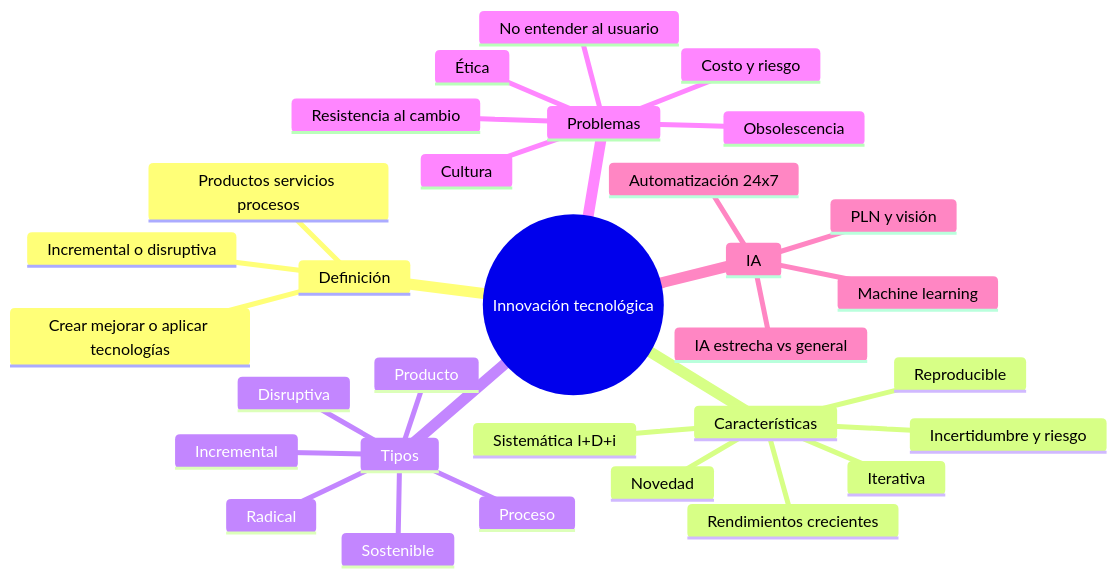
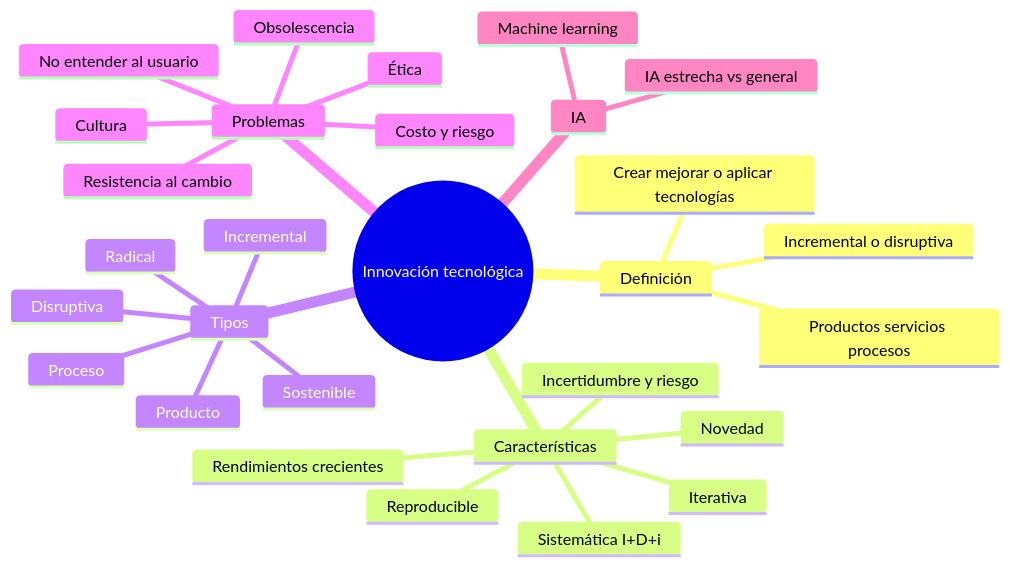
Before and after one commit to Valenpl/tecnologia-e-innovacion-uade: the first of 4 diagrams in parcial-1/12-innovacion-tecnologica-e-ia.md, drawn with Mermaid. The commit also changed other lines of this file and 31 other files, not shown here.

````diff
--- a/parcial-1/12-innovacion-tecnologica-e-ia.md
+++ b/parcial-1/12-innovacion-tecnologica-e-ia.md
@@ -45,34 +41,32 @@
 ```mermaid
 mindmap
   root((Innovación tecnológica))
     Definición
       Crear mejorar o aplicar tecnologías
       Productos servicios procesos
       Incremental o disruptiva
     Características
       Novedad
       Sistemática I+D+i
       Incertidumbre y riesgo
       Iterativa
       Rendimientos crecientes
       Reproducible
     Tipos
       Incremental
       Radical
       Disruptiva
       Producto
       Proceso
       Sostenible
     Problemas
       No entender al usuario
       Costo y riesgo
       Resistencia al cambio
       Obsolescencia
       Cultura
       Ética
     IA
       Machine learning
       IA estrecha vs general
-      PLN y visión
-      Automatización 24x7
 ```
````
